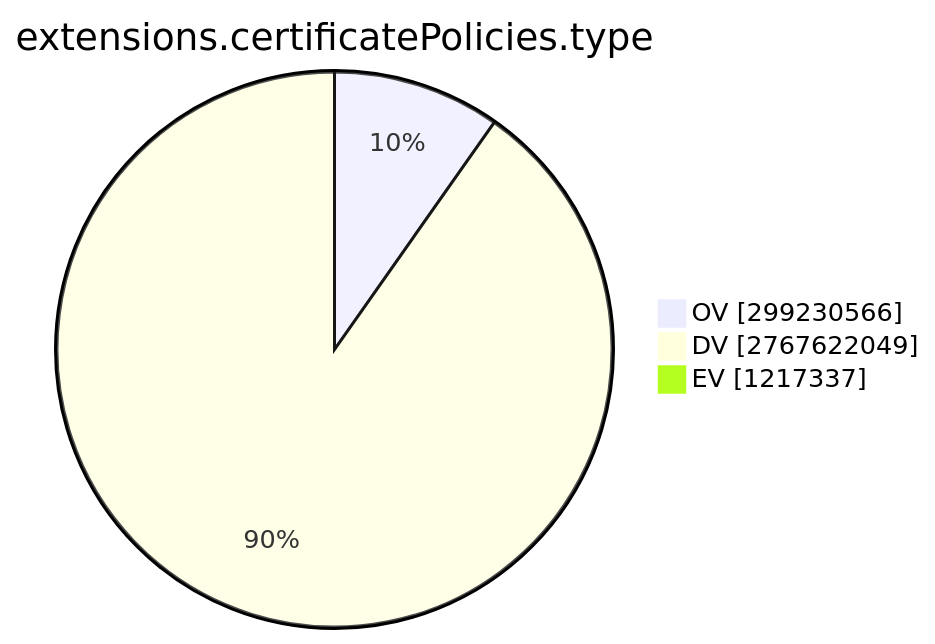
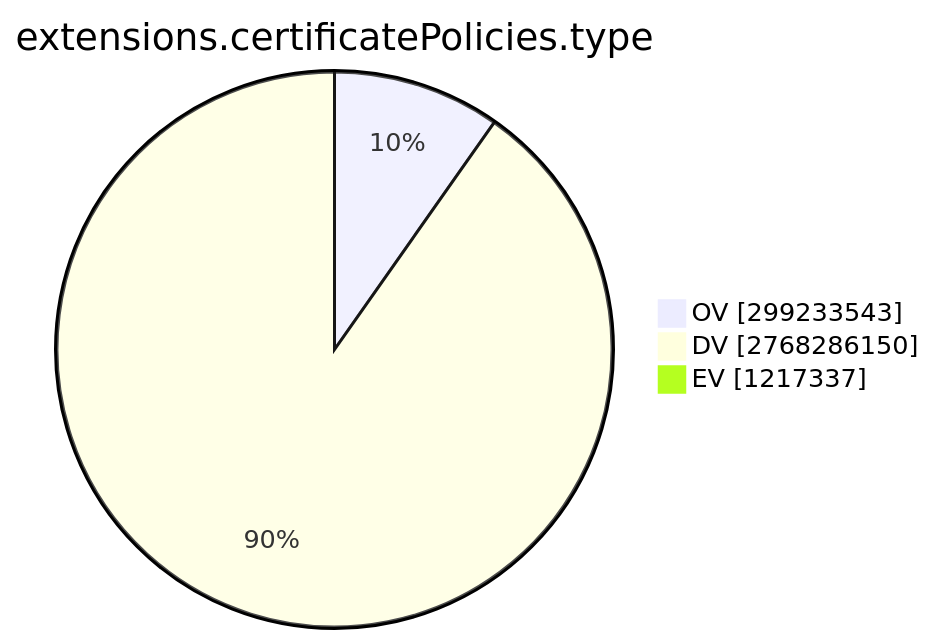
The ninth of 15 diagrams in TOTAL/README.md (christiankrug/ctmonitor_visualization), drawn with Mermaid before and after one commit. The commit also changed other lines of this file, not shown here.

````diff
--- a/TOTAL/README.md
+++ b/TOTAL/README.md
@@ -3101,7 +3101,7 @@
 ```mermaid
 pie showData
 title extensions.certificatePolicies.type
-"OV" :299230566
-"DV" :2767622049
+"OV" :299233543
+"DV" :2768286150
 "EV" :1217337
 ```
````
